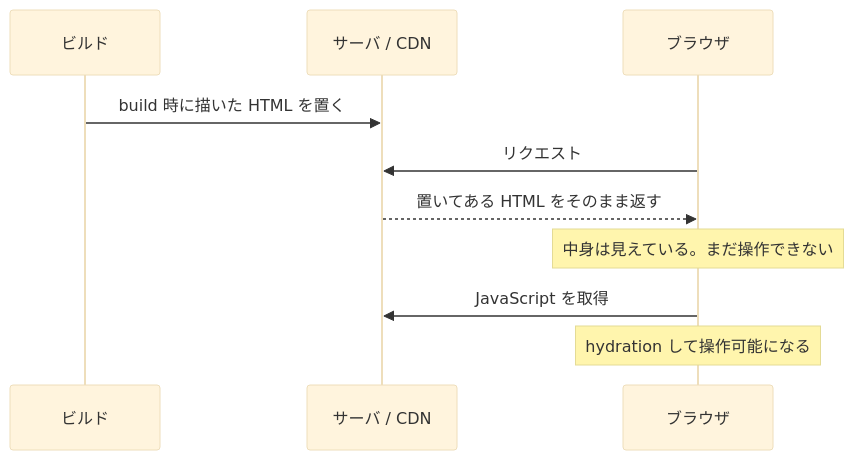
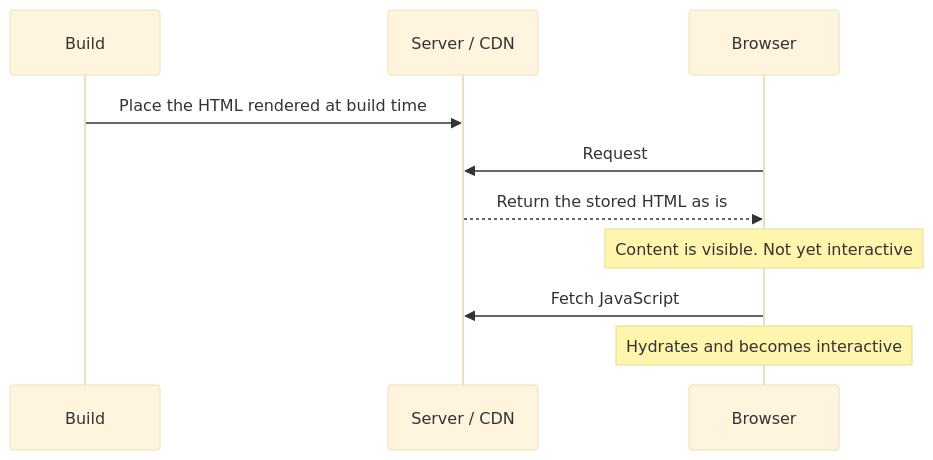
The second of 4 diagrams in docs/design/rendering.md (Tomy-ch/nextjs-boilerplate), drawn with Mermaid (base theme) before and after one commit. The commit also changed other lines of this file and 189 other files, not shown here.

````diff
--- a/docs/design/rendering.md
+++ b/docs/design/rendering.md
@@ -77,12 +77,12 @@
 ```mermaid
 sequenceDiagram
-  participant D as ビルド
-  participant S as サーバ / CDN
-  participant B as ブラウザ
-  D->>S: build 時に描いた HTML を置く
-  B->>S: リクエスト
-  S-->>B: 置いてある HTML をそのまま返す
-  Note over B: 中身は見えている。まだ操作できない
-  B->>S: JavaScript を取得
-  Note over B: hydration して操作可能になる
+  participant D as Build
+  participant S as Server / CDN
+  participant B as Browser
+  D->>S: Place the HTML rendered at build time
+  B->>S: Request
+  S-->>B: Return the stored HTML as is
+  Note over B: Content is visible. Not yet interactive
+  B->>S: Fetch JavaScript
+  Note over B: Hydrates and becomes interactive
 ```
````
